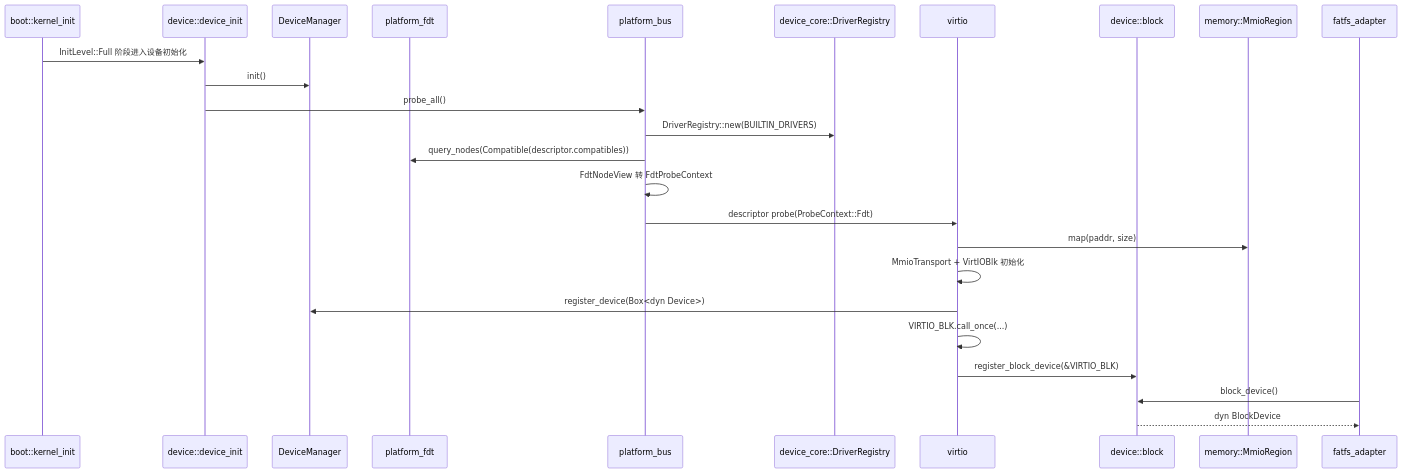
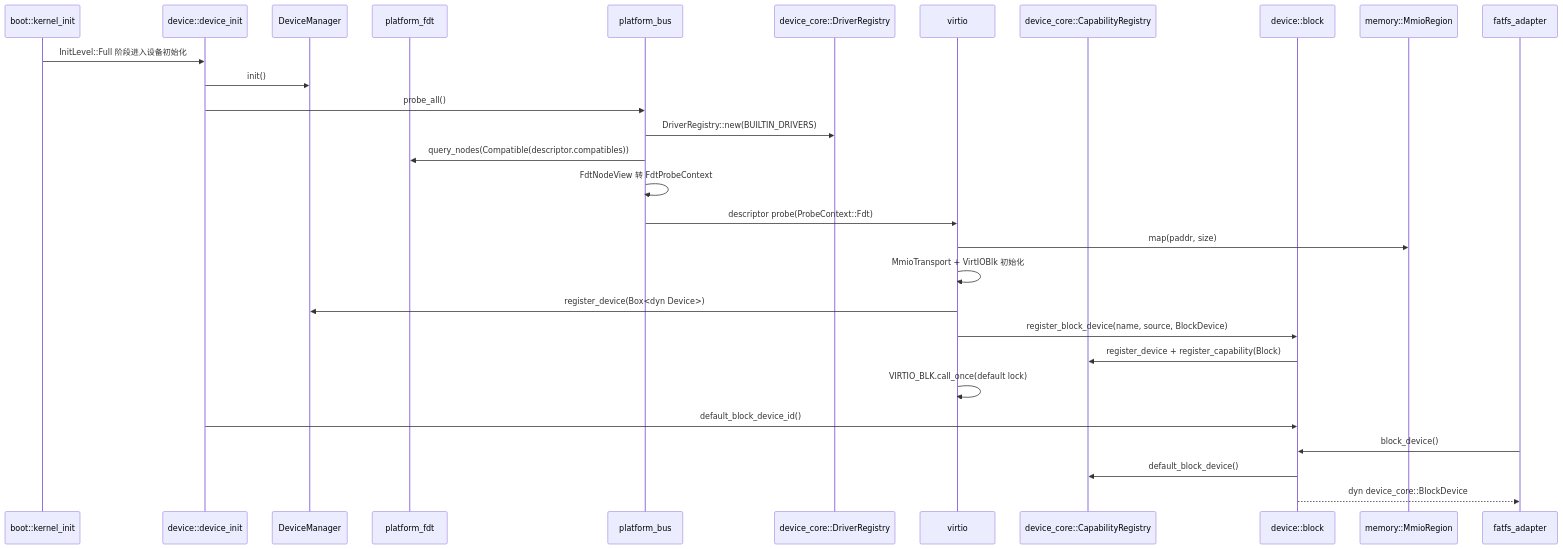
Before and after one commit to MRNIU/SimpleKernel: the diagram in docs/design/device-subsystem-current.md, drawn with Mermaid. The commit also changed other lines of this file and 8 other files, not shown here.

First line of the commit message:
feat(device): route block capabilities through registry

````diff
--- a/docs/design/device-subsystem-current.md
+++ b/docs/design/device-subsystem-current.md
@@ -34,28 +35,32 @@
 ```mermaid
 sequenceDiagram
   participant Boot as boot::kernel_init
   participant Device as device::device_init
   participant Manager as DeviceManager
   participant Fdt as platform_fdt
   participant Bus as platform_bus
   participant Registry as device_core::DriverRegistry
   participant Virtio as virtio
+  participant Capability as device_core::CapabilityRegistry
   participant Block as device::block
   participant Memory as memory::MmioRegion
   participant Fs as fatfs_adapter
 
   Boot->>Device: InitLevel::Full 阶段进入设备初始化
   Device->>Manager: init()
   Device->>Bus: probe_all()
   Bus->>Registry: DriverRegistry::new(BUILTIN_DRIVERS)
   Bus->>Fdt: query_nodes(Compatible(descriptor.compatibles))
   Bus->>Bus: FdtNodeView 转 FdtProbeContext
   Bus->>Virtio: descriptor probe(ProbeContext::Fdt)
   Virtio->>Memory: map(paddr, size)
   Virtio->>Virtio: MmioTransport + VirtIOBlk 初始化
   Virtio->>Manager: register_device(Box<dyn Device>)
-  Virtio->>Virtio: VIRTIO_BLK.call_once(...)
-  Virtio->>Block: register_block_device(&VIRTIO_BLK)
+  Virtio->>Block: register_block_device(name, source, BlockDevice)
+  Block->>Capability: register_device + register_capability(Block)
+  Virtio->>Virtio: VIRTIO_BLK.call_once(default lock)
+  Device->>Block: default_block_device_id()
   Fs->>Block: block_device()
-  Block-->>Fs: dyn BlockDevice
+  Block->>Capability: default_block_device()
+  Block-->>Fs: dyn device_core::BlockDevice
 ```
````
